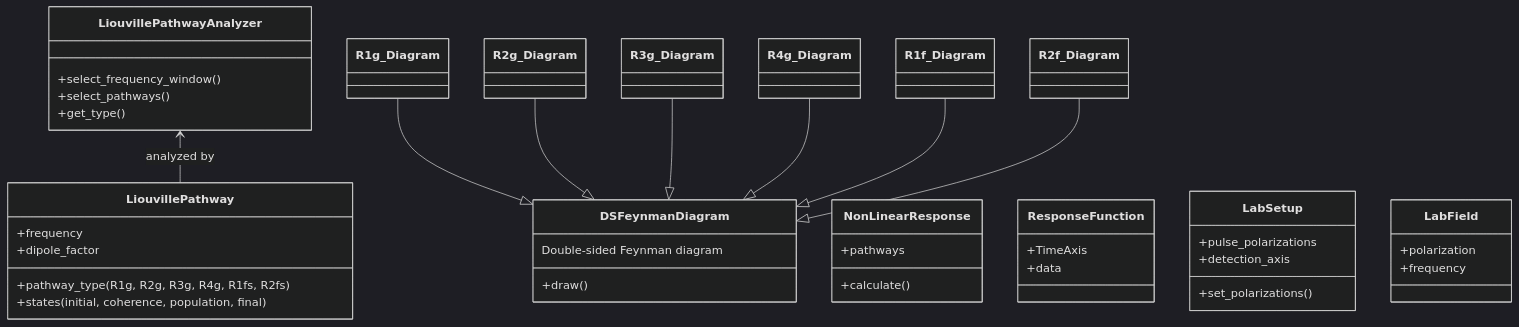
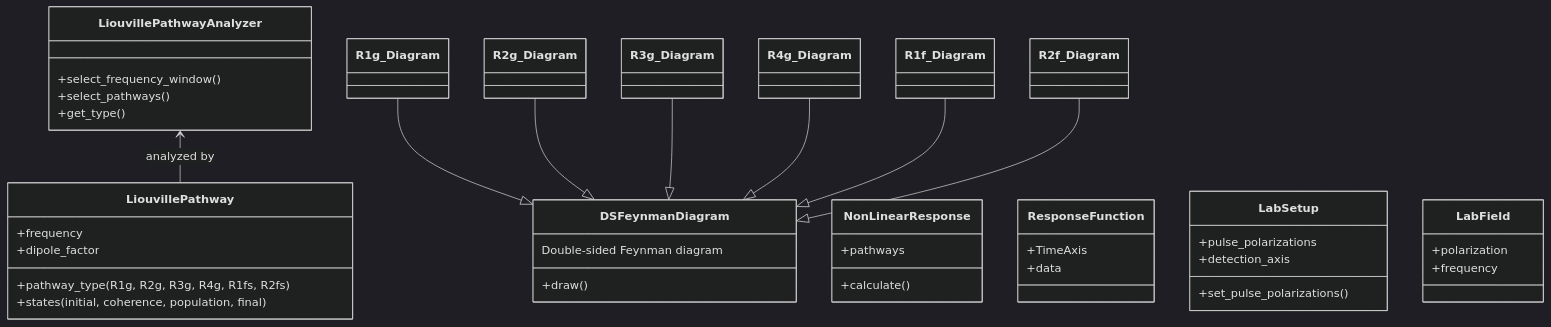
Diagram 16 of 21 in docs/sphinx/class_map.md (tmancal74/quantarhei), drawn with Mermaid (dark theme) before and after one commit. The commit also changed 12 other files, not shown here.

````diff
--- a/docs/sphinx/class_map.md
+++ b/docs/sphinx/class_map.md
@@ -728,51 +728,51 @@
 ```mermaid
 classDiagram
     direction BT
 
     LiouvillePathway --> LiouvillePathwayAnalyzer : analyzed by
     DSFeynmanDiagram <|-- R1g_Diagram
     DSFeynmanDiagram <|-- R2g_Diagram
     DSFeynmanDiagram <|-- R3g_Diagram
     DSFeynmanDiagram <|-- R4g_Diagram
     DSFeynmanDiagram <|-- R1f_Diagram
     DSFeynmanDiagram <|-- R2f_Diagram
 
     class LiouvillePathway {
         +pathway_type (R1g, R2g, R3g, R4g, R1fs, R2fs)
         +frequency
         +dipole_factor
         +states (initial, coherence, population, final)
     }
 
     class LiouvillePathwayAnalyzer {
         +select_frequency_window()
         +select_pathways()
         +get_type()
     }
 
     class NonLinearResponse {
         +pathways
         +calculate()
     }
 
     class ResponseFunction {
         +TimeAxis
         +data
     }
 
     class DSFeynmanDiagram {
         Double-sided Feynman diagram
         +draw()
     }
 
     class LabSetup {
         +pulse_polarizations
         +detection_axis
-        +set_polarizations()
+        +set_pulse_polarizations()
     }
 
     class LabField {
         +polarization
         +frequency
     }
 ```
````
